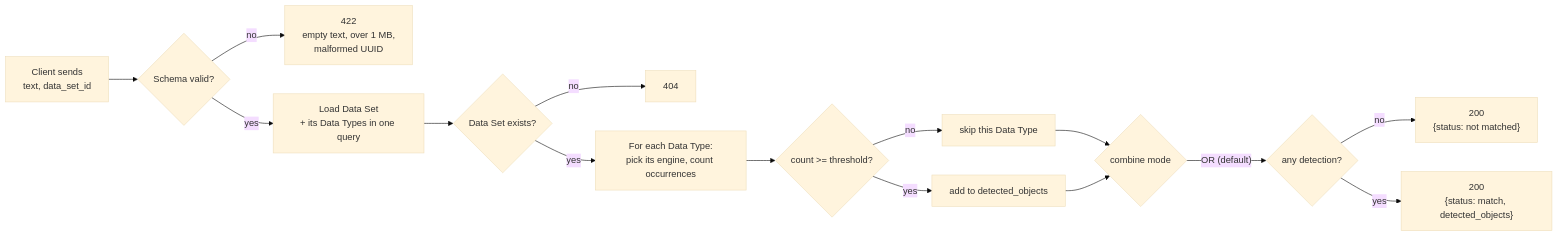
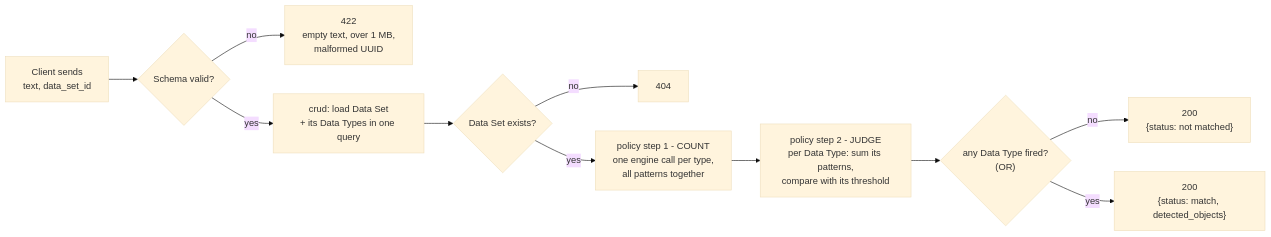
Diagram 11 of 21 in docs/ARCHITECTURE.md (dolevol/data_leak_prevention), drawn with Mermaid (base theme) before and after one commit. The commit also changed other lines of this file and 13 other files, not shown here.

````diff
--- a/docs/ARCHITECTURE.md
+++ b/docs/ARCHITECTURE.md
@@ -153,17 +154,13 @@
 ```mermaid
 flowchart LR
     A["Client sends<br/>text, data_set_id"] --> B{"Schema valid?"}
     B -- "no" --> B1["422<br/>empty text, over 1 MB,<br/>malformed UUID"]
-    B -- "yes" --> C["Load Data Set<br/>+ its Data Types in one query"]
+    B -- "yes" --> C["crud: load Data Set<br/>+ its Data Types in one query"]
     C --> D{"Data Set exists?"}
     D -- "no" --> D1["404"]
-    D -- "yes" --> E["For each Data Type:<br/>pick its engine, count occurrences"]
-    E --> F{"count >= threshold?"}
-    F -- "no" --> G["skip this Data Type"]
-    F -- "yes" --> H["add to detected_objects"]
-    G --> I{"combine mode"}
-    H --> I
-    I -- "OR (default)" --> J{"any detection?"}
+    D -- "yes" --> E["policy step 1 - COUNT<br/>one engine call per type,<br/>all patterns together"]
+    E --> F["policy step 2 - JUDGE<br/>per Data Type: sum its patterns,<br/>compare with its threshold"]
+    F --> J{"any Data Type fired?<br/>(OR)"}
     J -- "no" --> J1["200<br/>{status: not matched}"]
     J -- "yes" --> J2["200<br/>{status: match, detected_objects}"]
 ```
````
